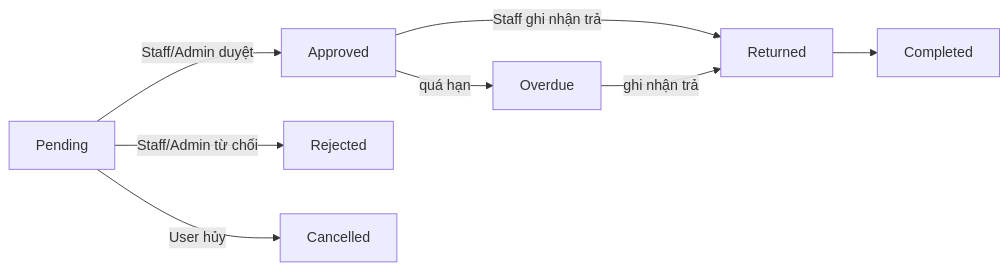
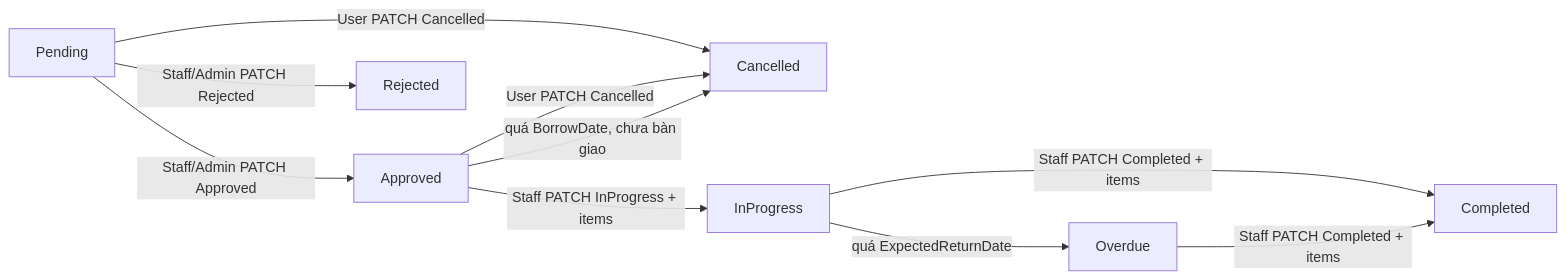
Before and after one commit to lephuonglinga/Equipment-Borrowing-Management-System: the first of 3 diagrams in docs/PROJECT_DOCUMENTATION.md, drawn with Mermaid. The commit also changed other lines of this file and 65 other files, not shown here.

````diff
--- a/docs/PROJECT_DOCUMENTATION.md
+++ b/docs/PROJECT_DOCUMENTATION.md
@@ -78,10 +93,12 @@
 ```mermaid
 flowchart LR
-  Pending -->|"Staff/Admin duyệt"| Approved
-  Pending -->|"Staff/Admin từ chối"| Rejected
-  Pending -->|"User hủy"| Cancelled
-  Approved -->|"Staff ghi nhận trả"| Returned
-  Returned --> Completed
-  Approved -->|"quá hạn"| Overdue
-  Overdue -->|"ghi nhận trả"| Returned
+  Pending -->|"Staff/Admin PATCH Approved"| Approved
+  Pending -->|"Staff/Admin PATCH Rejected"| Rejected
+  Pending -->|"User PATCH Cancelled"| Cancelled
+  Approved -->|"Staff PATCH InProgress + items"| InProgress
+  Approved -->|"User PATCH Cancelled"| Cancelled
+  Approved -->|"quá BorrowDate, chưa bàn giao"| Cancelled
+  InProgress -->|"quá ExpectedReturnDate"| Overdue
+  InProgress -->|"Staff PATCH Completed + items"| Completed
+  Overdue -->|"Staff PATCH Completed + items"| Completed
 ```
````
